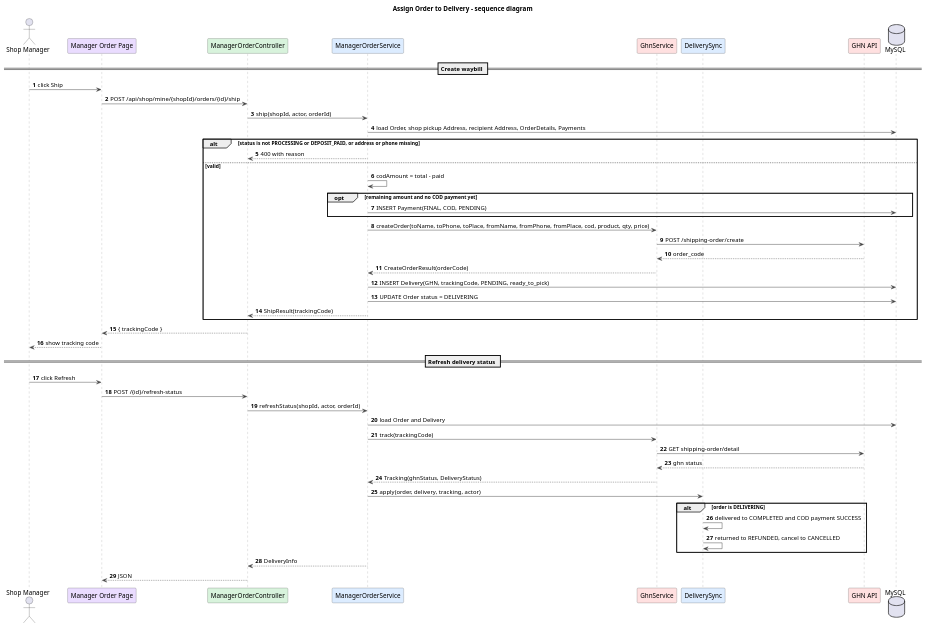
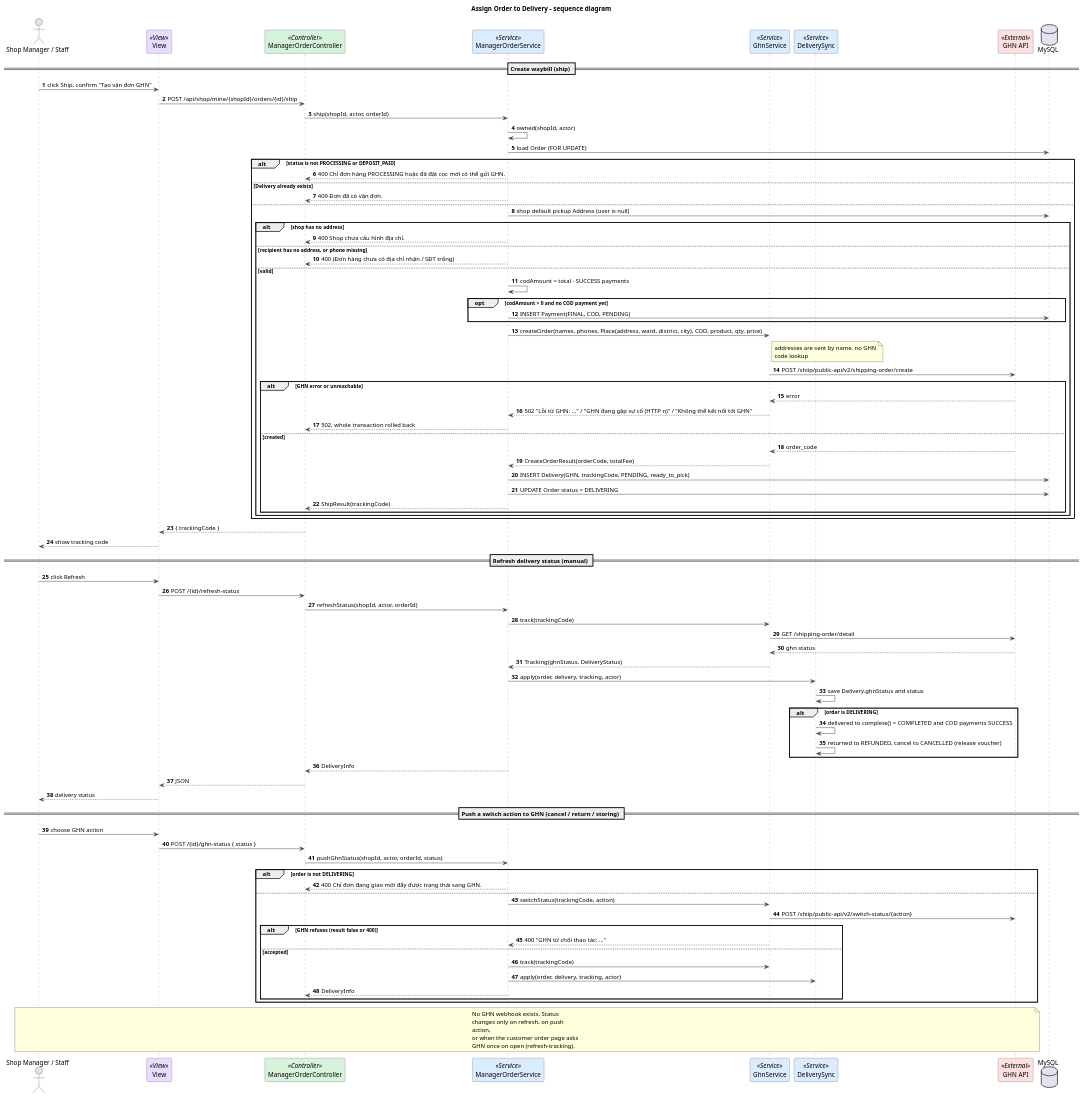
Before and after one commit to duckpao/FlowerShop_SWP391: the diagram in docs/diagrams/06-assign-order-to-delivery-sequence.puml, drawn with PlantUML. The commit also changed 151 other files, not shown here.

```diff
--- a/docs/diagrams/06-assign-order-to-delivery-sequence.puml
+++ b/docs/diagrams/06-assign-order-to-delivery-sequence.puml
@@ -1,64 +1,105 @@
 @startuml
 title Assign Order to Delivery - sequence diagram
 autonumber
 skinparam shadowing false
 skinparam defaultFontName Arial
 skinparam wrapWidth 240
 skinparam ArrowColor #444444
 skinparam sequenceMessageAlign left
 skinparam sequence {
   LifeLineBorderColor #888888
   ParticipantBorderColor #444444
   ParticipantBackgroundColor #FFFFFF
 }
 
-actor "Shop Manager" as M
-participant "Manager Order Page" as UI #EADCFF
-participant ManagerOrderController as C #D8F3DC
-participant ManagerOrderService as S #DCECFF
-participant GhnService as G #FFE0E0
-participant DeliverySync as DS #DCECFF
-participant "GHN API" as API #FFE0E0
+actor "Shop Manager / Staff" as M
+participant "View" as V <<View>> #EADCFF
+participant ManagerOrderController as C <<Controller>> #D8F3DC
+participant ManagerOrderService as S <<Service>> #DCECFF
+participant GhnService as G <<Service>> #DCECFF
+participant DeliverySync as DS <<Service>> #DCECFF
+participant "GHN API" as API <<External>> #FFE0E0
 database MySQL
 
-== Create waybill ==
-M -> UI : click Ship
-UI -> C : POST /api/shop/mine/{shopId}/orders/{id}/ship
+== Create waybill (ship) ==
+M -> V : click Ship, confirm "Tạo vận đơn GHN"
+V -> C : POST /api/shop/mine/{shopId}/orders/{id}/ship
 C -> S : ship(shopId, actor, orderId)
-S -> MySQL : load Order, shop pickup Address, recipient Address, OrderDetails, Payments
-alt status is not PROCESSING or DEPOSIT_PAID, or address or phone missing
-  S --> C : 400 with reason
-else valid
-  S -> S : codAmount = total - paid
-  opt remaining amount and no COD payment yet
-    S -> MySQL : INSERT Payment(FINAL, COD, PENDING)
+S -> S : owned(shopId, actor)
+S -> MySQL : load Order (FOR UPDATE)
+alt status is not PROCESSING or DEPOSIT_PAID
+  S --> C : 400 Chỉ đơn hàng PROCESSING hoặc đã đặt cọc mới có thể gửi GHN.
+else Delivery already exists
+  S --> C : 409 Đơn đã có vận đơn.
+else
+  S -> MySQL : shop default pickup Address (user is null)
+  alt shop has no address
+    S --> C : 400 Shop chưa cấu hình địa chỉ.
+  else recipient has no address, or phone missing
+    S --> C : 400 (Đơn hàng chưa có địa chỉ nhận / SĐT trống)
+  else valid
+    S -> S : codAmount = total - SUCCESS payments
+    opt codAmount > 0 and no COD payment yet
+      S -> MySQL : INSERT Payment(FINAL, COD, PENDING)
+    end
+    S -> G : createOrder(names, phones, Place(address, ward, district, city), COD, product, qty, price)
+    note right of G : addresses are sent by name, no GHN code lookup
+    G -> API : POST /shiip/public-api/v2/shipping-order/create
+    alt GHN error or unreachable
+      API --> G : error
+      G --> S : 502 "Lỗi từ GHN: ..." / "GHN đang gặp sự cố (HTTP n)" / "Không thể kết nối tới GHN"
+      S --> C : 502, whole transaction rolled back
+    else created
+      API --> G : order_code
+      G --> S : CreateOrderResult(orderCode, totalFee)
+      S -> MySQL : INSERT Delivery(GHN, trackingCode, PENDING, ready_to_pick)
+      S -> MySQL : UPDATE Order status = DELIVERING
+      S --> C : ShipResult(trackingCode)
+    end
   end
-  S -> G : createOrder(toName, toPhone, toPlace, fromName, fromPhone, fromPlace, cod, product, qty, price)
-  G -> API : POST /shipping-order/create
-  API --> G : order_code
-  G --> S : CreateOrderResult(orderCode)
-  S -> MySQL : INSERT Delivery(GHN, trackingCode, PENDING, ready_to_pick)
-  S -> MySQL : UPDATE Order status = DELIVERING
-  S --> C : ShipResult(trackingCode)
 end
-C --> UI : { trackingCode }
-UI --> M : show tracking code
+C --> V : { trackingCode }
+V --> M : show tracking code
 
-== Refresh delivery status ==
-M -> UI : click Refresh
-UI -> C : POST /{id}/refresh-status
+== Refresh delivery status (manual) ==
+M -> V : click Refresh
+V -> C : POST /{id}/refresh-status
 C -> S : refreshStatus(shopId, actor, orderId)
-S -> MySQL : load Order and Delivery
 S -> G : track(trackingCode)
-G -> API : GET shipping-order/detail
+G -> API : GET /shipping-order/detail
 API --> G : ghn status
 G --> S : Tracking(ghnStatus, DeliveryStatus)
 S -> DS : apply(order, delivery, tracking, actor)
+DS -> DS : save Delivery.ghnStatus and status
 alt order is DELIVERING
-  DS -> DS : delivered to COMPLETED and COD payment SUCCESS
-  DS -> DS : returned to REFUNDED, cancel to CANCELLED
+  DS -> DS : delivered to complete() = COMPLETED and COD payments SUCCESS
+  DS -> DS : returned to REFUNDED, cancel to CANCELLED (release voucher)
 end
 S --> C : DeliveryInfo
-C --> UI : JSON
+C --> V : JSON
+V --> M : delivery status
+
+== Push a switch action to GHN (cancel / return / storing) ==
+M -> V : choose GHN action
+V -> C : POST /{id}/ghn-status { status }
+C -> S : pushGhnStatus(shopId, actor, orderId, status)
+alt order is not DELIVERING
+  S --> C : 400 Chỉ đơn đang giao mới đẩy được trạng thái sang GHN.
+else
+  S -> G : switchStatus(trackingCode, action)
+  G -> API : POST /shiip/public-api/v2/switch-status/{action}
+  alt GHN refuses (result false or 400)
+    G --> S : 400 "GHN từ chối thao tác: ..."
+  else accepted
+    S -> G : track(trackingCode)
+    S -> DS : apply(order, delivery, tracking, actor)
+    S --> C : DeliveryInfo
+  end
+end
+
+note over M, API
+No GHN webhook exists. Status changes only on refresh, on push action,
+or when the customer order page asks GHN once on open (refresh-tracking).
+end note
 
 @enduml
```
